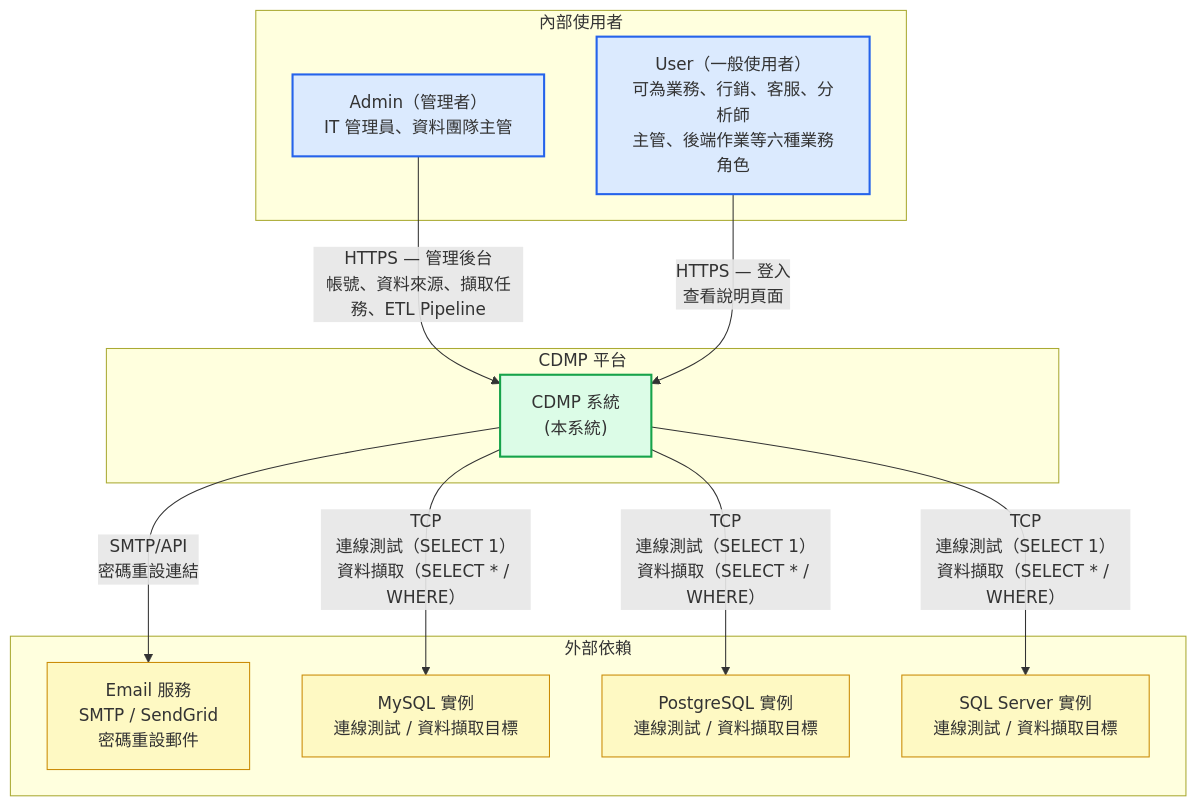
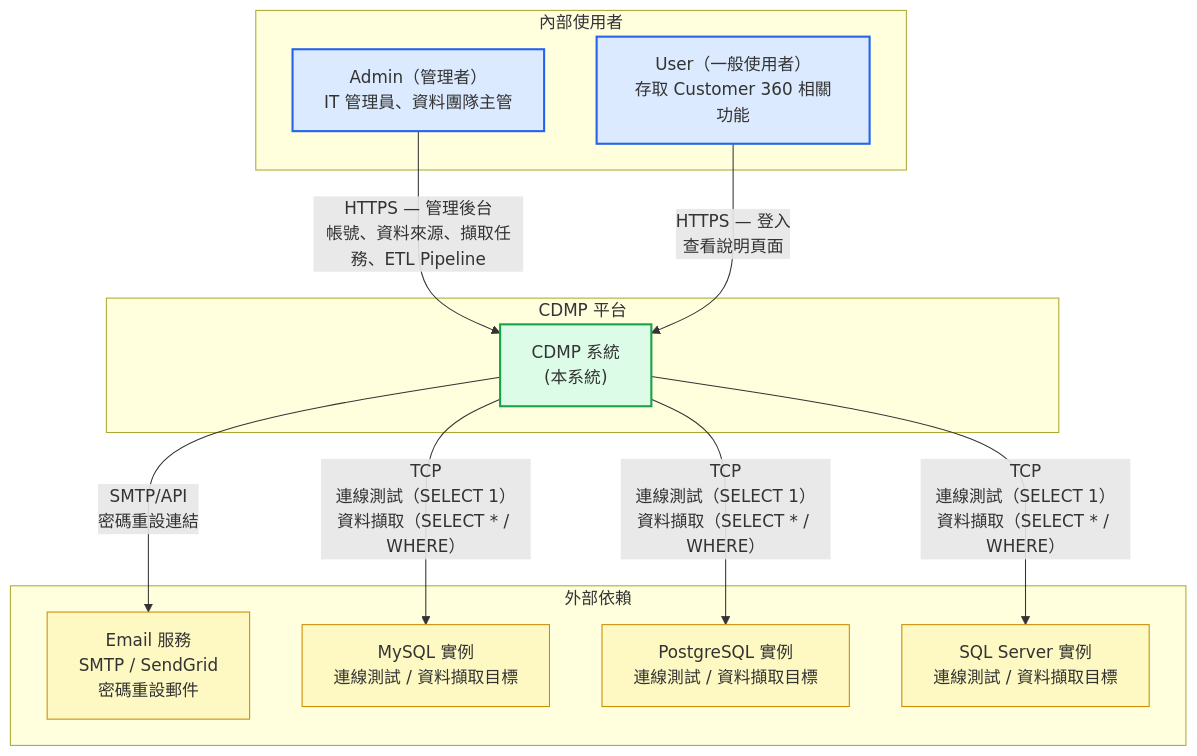
The second of 17 diagrams in docs/specs/architecture-spec.md (wisewhalesoft/cdmp-mvp), drawn with Mermaid before and after one commit. The commit also changed other lines of this file and 16 other files, not shown here.

````diff
--- a/docs/specs/architecture-spec.md
+++ b/docs/specs/architecture-spec.md
@@ -130,32 +130,32 @@
 ```mermaid
 graph TB
     subgraph 內部使用者["內部使用者"]
         Admin["Admin（管理者）<br/>IT 管理員、資料團隊主管"]
-        User["User（一般使用者）<br/>可為業務、行銷、客服、分析師<br/>主管、後端作業等六種業務角色"]
+        User["User（一般使用者）<br/>存取 Customer 360 相關功能"]
     end
 
     subgraph CDMP["CDMP 平台"]
         System["CDMP 系統<br/>(本系統)"]
     end
 
     subgraph 外部服務["外部依賴"]
         EmailSvc["Email 服務<br/>SMTP / SendGrid<br/>密碼重設郵件"]
         MySQL["MySQL 實例<br/>連線測試 / 資料擷取目標"]
         PostgreSQL["PostgreSQL 實例<br/>連線測試 / 資料擷取目標"]
         SQLServer["SQL Server 實例<br/>連線測試 / 資料擷取目標"]
     end
 
     Admin -->|"HTTPS — 管理後台<br/>帳號、資料來源、擷取任務、ETL Pipeline"| System
     User -->|"HTTPS — 登入<br/>查看說明頁面"| System
     System -->|"SMTP/API<br/>密碼重設連結"| EmailSvc
     System -->|"TCP<br/>連線測試（SELECT 1）<br/>資料擷取（SELECT * / WHERE）"| MySQL
     System -->|"TCP<br/>連線測試（SELECT 1）<br/>資料擷取（SELECT * / WHERE）"| PostgreSQL
     System -->|"TCP<br/>連線測試（SELECT 1）<br/>資料擷取（SELECT * / WHERE）"| SQLServer
 
     classDef actor fill:#dbeafe,stroke:#2563eb,stroke-width:2px
     classDef system fill:#dcfce7,stroke:#16a34a,stroke-width:2px
     classDef external fill:#fef9c3,stroke:#ca8a04,stroke-width:1px
     class Admin,User actor
     class System system
     class EmailSvc,MySQL,PostgreSQL,SQLServer external
 ```
````
